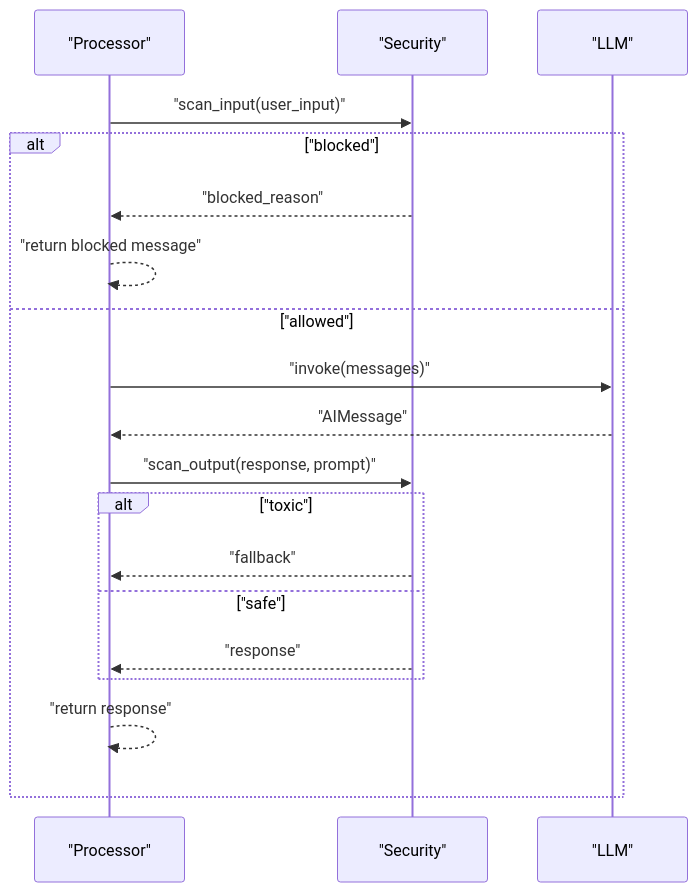
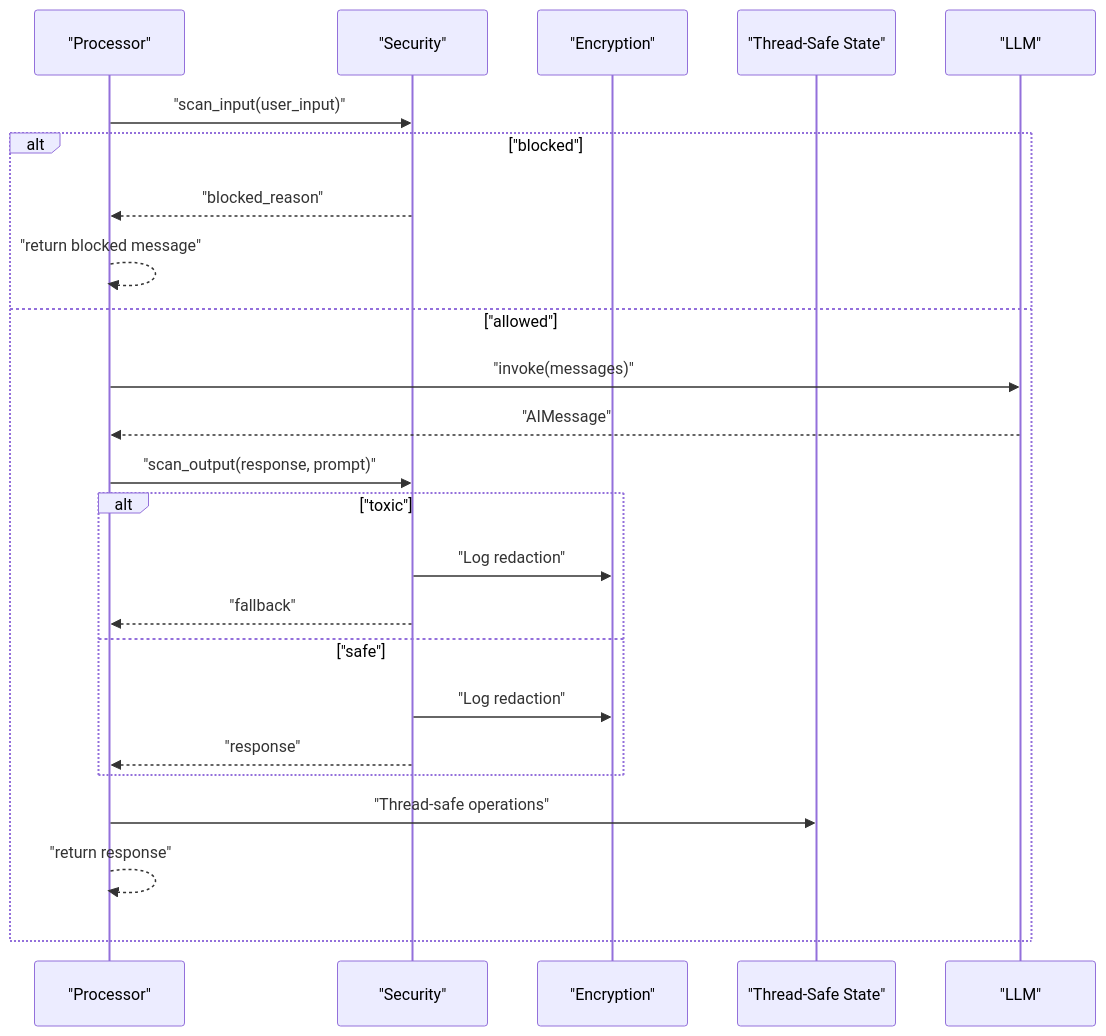
Before and after one commit to MOK-5-ha/MayaMCP: the eighth of 9 diagrams in .qoder/repowiki/en/content/Security & Safety Framework.md, drawn with Mermaid. The commit also changed other lines of this file and 27 other files, not shown here.

````diff
--- a/.qoder/repowiki/en/content/Security & Safety Framework.md
+++ b/.qoder/repowiki/en/content/Security & Safety Framework.md
@@ -193,21 +366,26 @@
 ```mermaid
 sequenceDiagram
 participant Proc as "Processor"
 participant Sec as "Security"
+participant Enc as "Encryption"
+participant TS as "Thread-Safe State"
 participant LLM as "LLM"
 Proc->>Sec : "scan_input(user_input)"
 alt "blocked"
 Sec-->>Proc : "blocked_reason"
 Proc-->>Proc : "return blocked message"
 else "allowed"
 Proc->>LLM : "invoke(messages)"
 LLM-->>Proc : "AIMessage"
 Proc->>Sec : "scan_output(response, prompt)"
 alt "toxic"
+Sec->>Enc : "Log redaction"
 Sec-->>Proc : "fallback"
 else "safe"
+Sec->>Enc : "Log redaction"
 Sec-->>Proc : "response"
 end
+Proc->>TS : "Thread-safe operations"
 Proc-->>Proc : "return response"
 end
 ```
````
